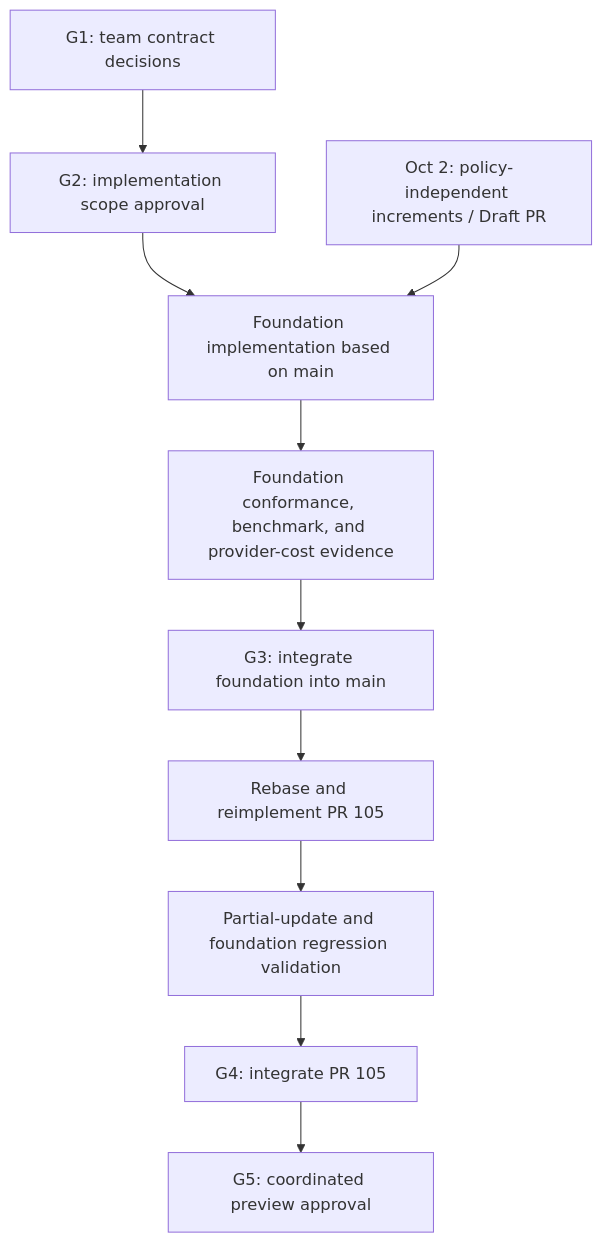
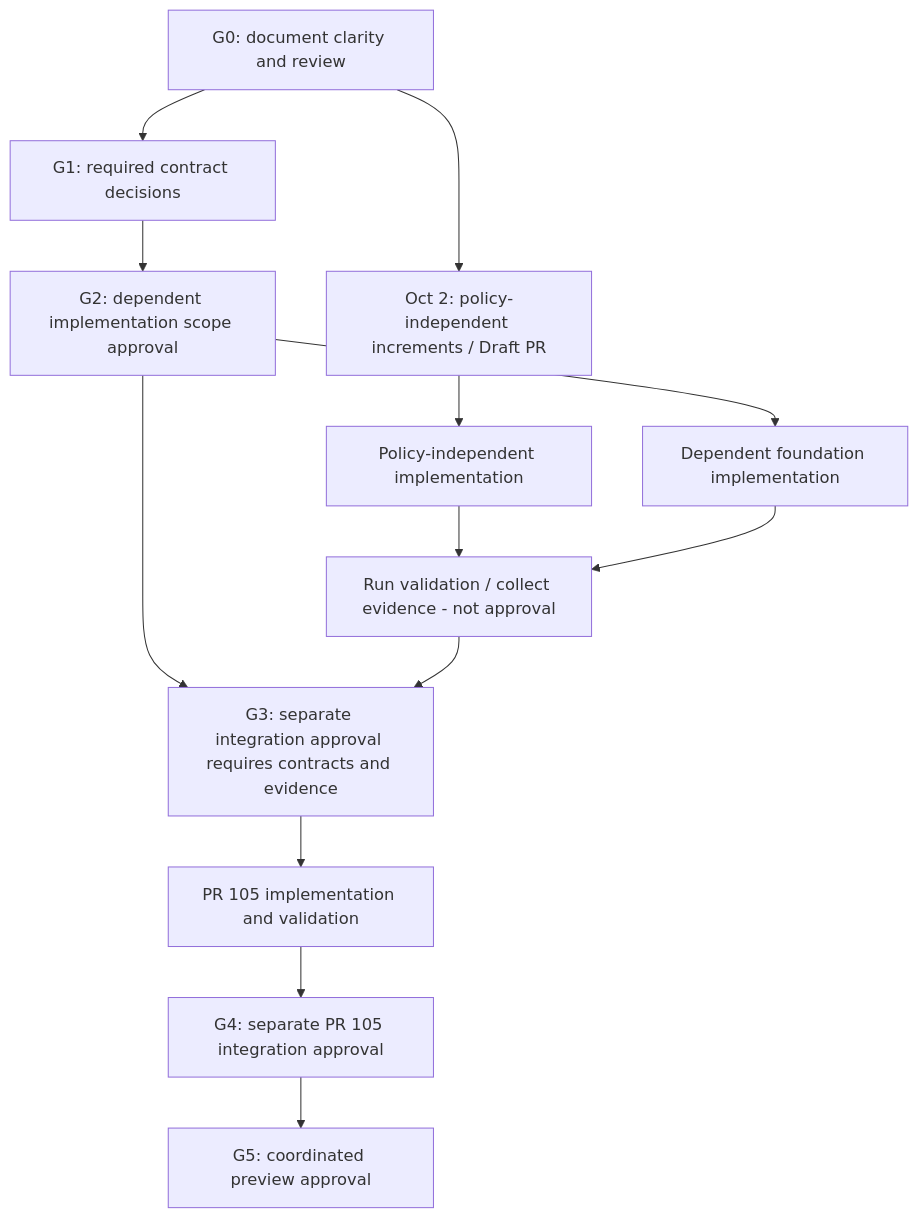
Before and after one commit to allenkim0129/multiclouddb-sdk-for-java: the eighth of 8 diagrams in docs/design/issue-116-document-serialization.md, drawn with Mermaid. The commit also changed other lines of this file and 6 other files, not shown here.

````diff
--- a/docs/design/issue-116-document-serialization.md
+++ b/docs/design/issue-116-document-serialization.md
@@ -1065,12 +1073,15 @@
 ```mermaid
 flowchart TD
-    T["G1: team contract decisions"] --> A["G2: implementation scope approval"]
-    A --> F["Foundation implementation based on main"]
-    S["Oct 2: policy-independent increments / Draft PR"] --> F
-    F --> FV["Foundation conformance, benchmark, and provider-cost evidence"]
-    FV --> I["G3: integrate foundation into main"]
-    I --> P["Rebase and reimplement PR 105"]
-    P --> PV["Partial-update and foundation regression validation"]
-    PV --> PI["G4: integrate PR 105"]
-    PI --> R["G5: coordinated preview approval"]
+    D["G0: document clarity and review"] --> C["G1: required contract decisions"]
+    C --> A["G2: dependent implementation scope approval"]
+    A --> F["Dependent foundation implementation"]
+    D --> S["Oct 2: policy-independent increments / Draft PR"]
+    S --> W["Policy-independent implementation"]
+    W --> V["Run validation / collect evidence - not approval"]
+    F --> V
+    A --> G["G3: separate integration approval requires contracts and evidence"]
+    V --> G
+    G --> P["PR 105 implementation and validation"]
+    P --> H["G4: separate PR 105 integration approval"]
+    H --> R["G5: coordinated preview approval"]
 ```
````
